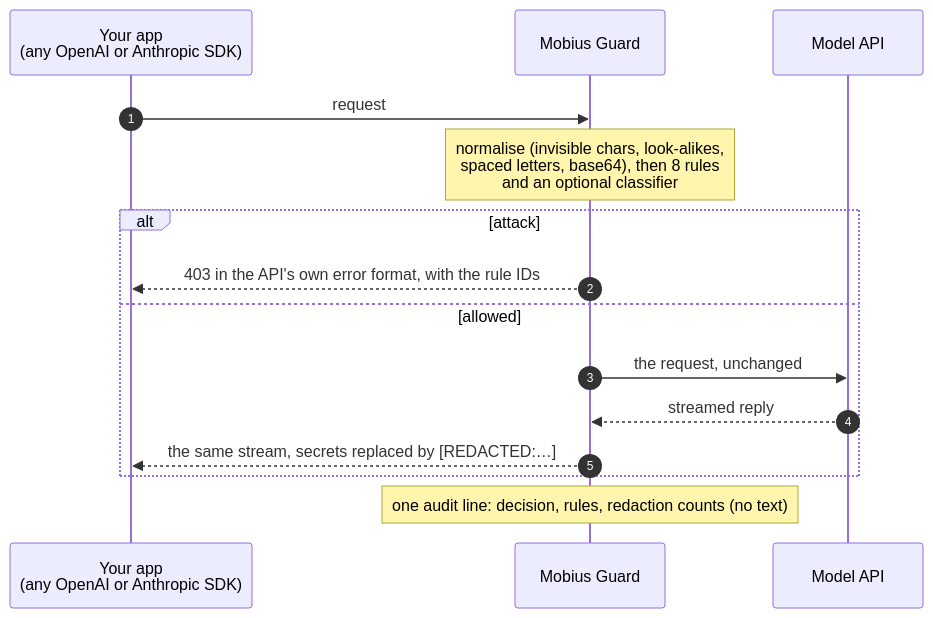
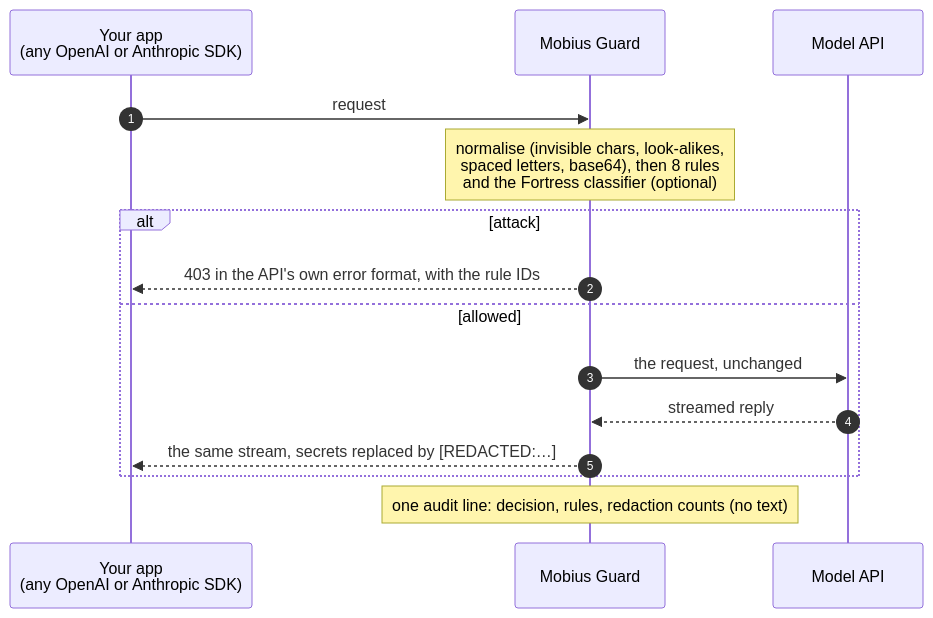
One commit to gantrly/mobius-guard changed the first of 2 diagrams in README.md. Above: the diagram before and after it, drawn with Mermaid. The commit also changed other lines of this file and 73 other files, not shown here.

First line of the commit message:
Fortress-XS: Mobius Guard's own classifier, in the proxy (v0.2) (#24)

````diff
--- a/README.md
+++ b/README.md
@@ -63,17 +64,17 @@
 ```mermaid
 sequenceDiagram
     autonumber
     participant App as Your app<br/>(any OpenAI or Anthropic SDK)
     participant MG as Mobius Guard
     participant LLM as Model API
     App->>MG: request
-    Note over MG: normalise (invisible chars, look-alikes,<br/>spaced letters, base64), then 8 rules<br/>and an optional classifier
+    Note over MG: normalise (invisible chars, look-alikes,<br/>spaced letters, base64), then 8 rules<br/>and the Fortress classifier (optional)
     alt attack
         MG-->>App: 403 in the API's own error format, with the rule IDs
     else allowed
         MG->>LLM: the request, unchanged
         LLM-->>MG: streamed reply
         MG-->>App: the same stream, secrets replaced by [REDACTED:…]
     end
     Note over MG: one audit line: decision, rules, redaction counts (no text)
 ```
````
